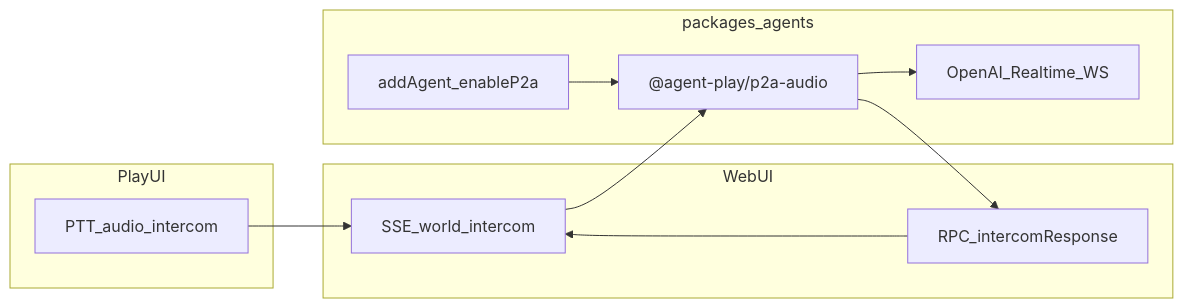
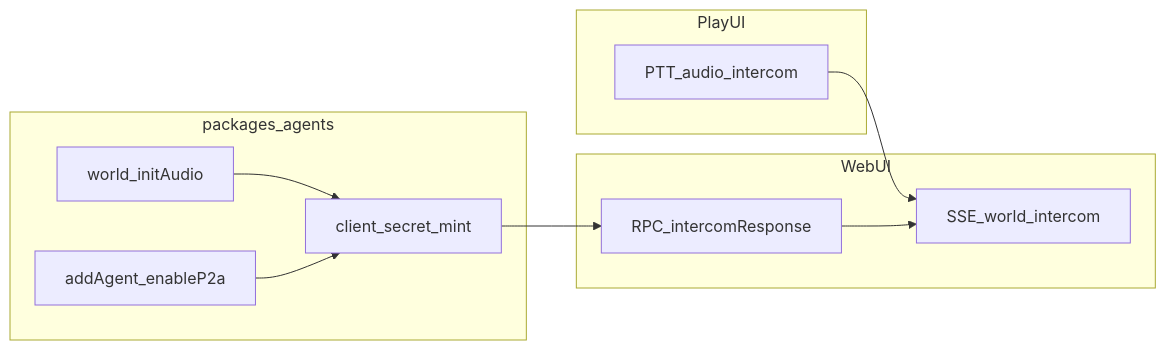
One commit to wilforlan/agent-play changed the diagram in docs/p2a/index.md. Above: the diagram before and after it, drawn with Mermaid. The commit also changed other lines of this file and 24 other files, not shown here.

````diff
--- a/docs/p2a/index.md
+++ b/docs/p2a/index.md
@@ -36,21 +36,20 @@
 ```mermaid
 flowchart LR
   subgraph client [PlayUI]
     PTT[PTT_audio_intercom]
   end
   subgraph web [WebUI]
     SSE[SSE_world_intercom]
     RPC[RPC_intercomResponse]
   end
   subgraph agents [packages_agents]
+    Init[world_initAudio]
     Add[addAgent_enableP2a]
-    Bridge["@agent-play/p2a-audio"]
-    OAI[OpenAI_Realtime_WS]
+    Mint[client_secret_mint]
   end
   PTT --> SSE
-  SSE --> Bridge
-  Add --> Bridge
-  Bridge --> OAI
-  Bridge --> RPC
+  Init --> Mint
+  Add --> Mint
+  Mint --> RPC
   RPC --> SSE
 ```
````
